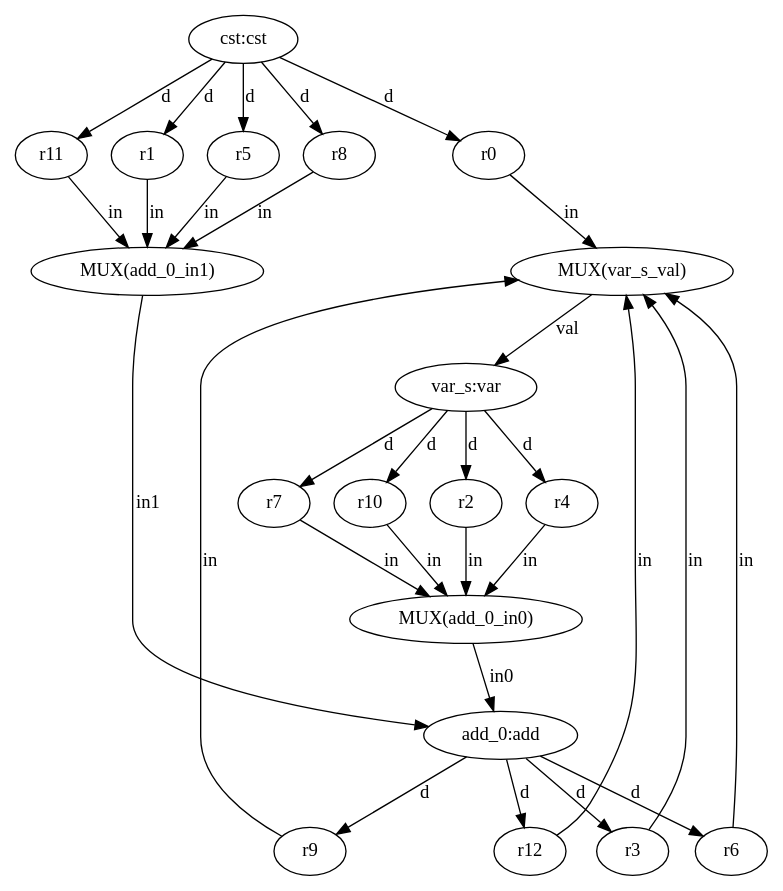
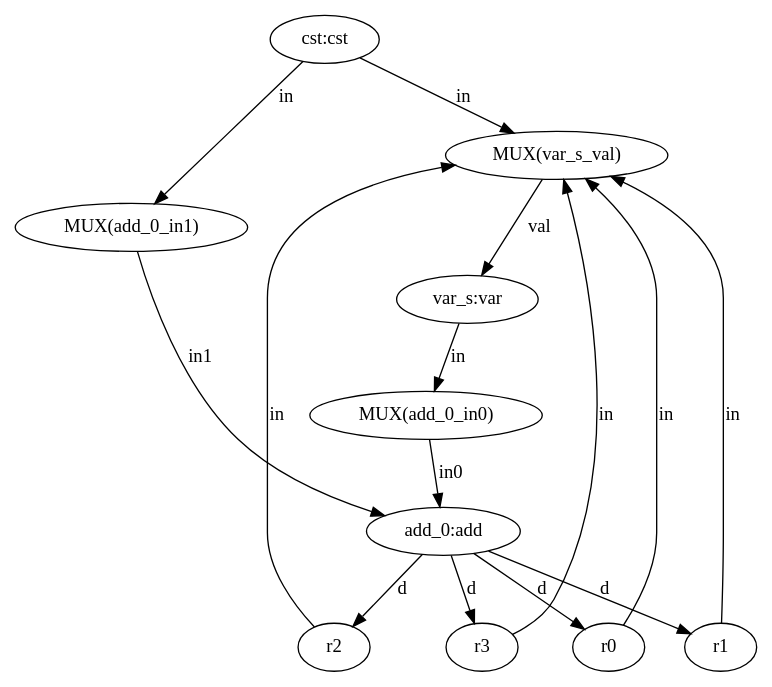
Before and after one commit to ma-carrillo/High-level-synthesis-assignment: the diagram in test11/datapath.dot, drawn with Graphviz. The commit also changed 16 other files, not shown here.

```diff
--- a/test11/datapath.dot
+++ b/test11/datapath.dot
@@ -1,50 +1,26 @@
 digraph "datapath" {
   n0 [label="cst:cst"];
   n1 [label="var_s:var"];
   n2 [label="add_0:add"];
   n3 [label="r0"];
   n4 [label="r1"];
   n5 [label="r2"];
   n6 [label="r3"];
-  n7 [label="r4"];
-  n8 [label="r5"];
-  n9 [label="r6"];
-  n10 [label="r7"];
-  n11 [label="r8"];
-  n12 [label="r9"];
-  n13 [label="r10"];
-  n14 [label="r11"];
-  n15 [label="r12"];
-  n16 [label="MUX(var_s_val)"];
-  n17 [label="MUX(add_0_in1)"];
-  n18 [label="MUX(add_0_in0)"];
-  n0 -> n3 [label="d"];
-  n0 -> n4 [label="d"];
-  n0 -> n8 [label="d"];
-  n0 -> n11 [label="d"];
-  n0 -> n14 [label="d"];
-  n1 -> n5 [label="d"];
-  n1 -> n7 [label="d"];
-  n1 -> n10 [label="d"];
-  n1 -> n13 [label="d"];
+  n7 [label="MUX(var_s_val)"];
+  n8 [label="MUX(add_0_in1)"];
+  n9 [label="MUX(add_0_in0)"];
+  n0 -> n7 [label="in"];
+  n0 -> n8 [label="in"];
+  n1 -> n9 [label="in"];
+  n2 -> n3 [label="d"];
+  n2 -> n4 [label="d"];
+  n2 -> n5 [label="d"];
   n2 -> n6 [label="d"];
-  n2 -> n9 [label="d"];
-  n2 -> n12 [label="d"];
-  n2 -> n15 [label="d"];
-  n3 -> n16 [label="in"];
-  n4 -> n17 [label="in"];
-  n5 -> n18 [label="in"];
-  n6 -> n16 [label="in"];
-  n7 -> n18 [label="in"];
-  n8 -> n17 [label="in"];
-  n9 -> n16 [label="in"];
-  n10 -> n18 [label="in"];
-  n11 -> n17 [label="in"];
-  n12 -> n16 [label="in"];
-  n13 -> n18 [label="in"];
-  n14 -> n17 [label="in"];
-  n15 -> n16 [label="in"];
-  n16 -> n1 [label="val"];
-  n17 -> n2 [label="in1"];
-  n18 -> n2 [label="in0"];
+  n3 -> n7 [label="in"];
+  n4 -> n7 [label="in"];
+  n5 -> n7 [label="in"];
+  n6 -> n7 [label="in"];
+  n7 -> n1 [label="val"];
+  n8 -> n2 [label="in1"];
+  n9 -> n2 [label="in0"];
 }
```
